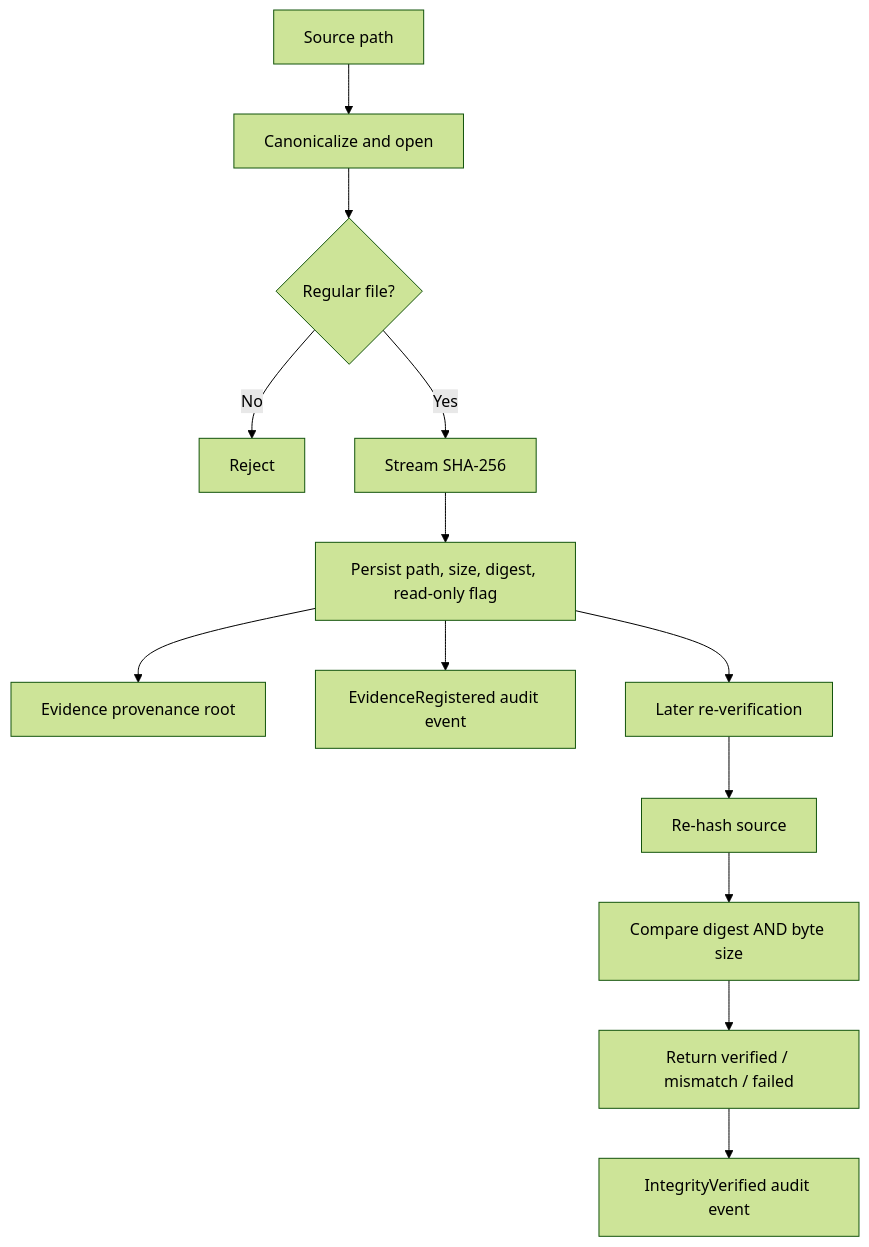
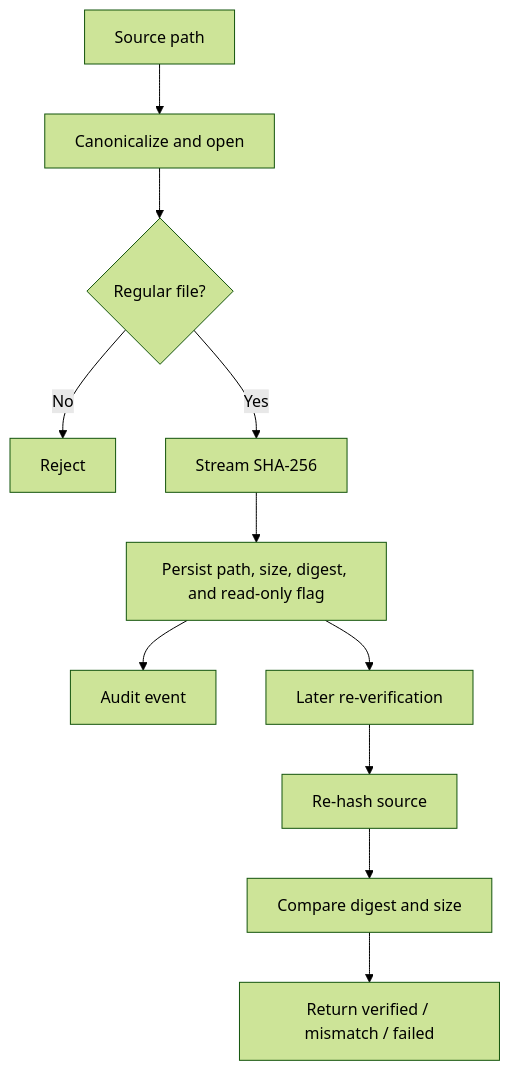
The diagram in docs/09_EVIDENCE_INTEGRITY.md (cyphric01-jpg/KRYVORA), drawn with Mermaid (forest theme) before and after one commit. The commit also changed other lines of this file and 18 other files, not shown here.

````diff
--- a/docs/09_EVIDENCE_INTEGRITY.md
+++ b/docs/09_EVIDENCE_INTEGRITY.md
@@ -7,15 +7,13 @@
 ```mermaid
 flowchart TD
     P[Source path] --> C[Canonicalize and open]
     C --> F{Regular file?}
     F -->|No| E[Reject]
     F -->|Yes| H[Stream SHA-256]
-    H --> M[Persist path, size, digest, read-only flag]
-    M --> R[Evidence provenance root]
-    M --> A[EvidenceRegistered audit event]
+    H --> M[Persist path, size, digest, and read-only flag]
+    M --> A[Audit event]
     M --> V[Later re-verification]
     V --> H2[Re-hash source]
-    H2 --> D[Compare digest AND byte size]
+    H2 --> D[Compare digest and size]
     D --> I[Return verified / mismatch / failed]
-    I --> A2[IntegrityVerified audit event]
 ```
````
